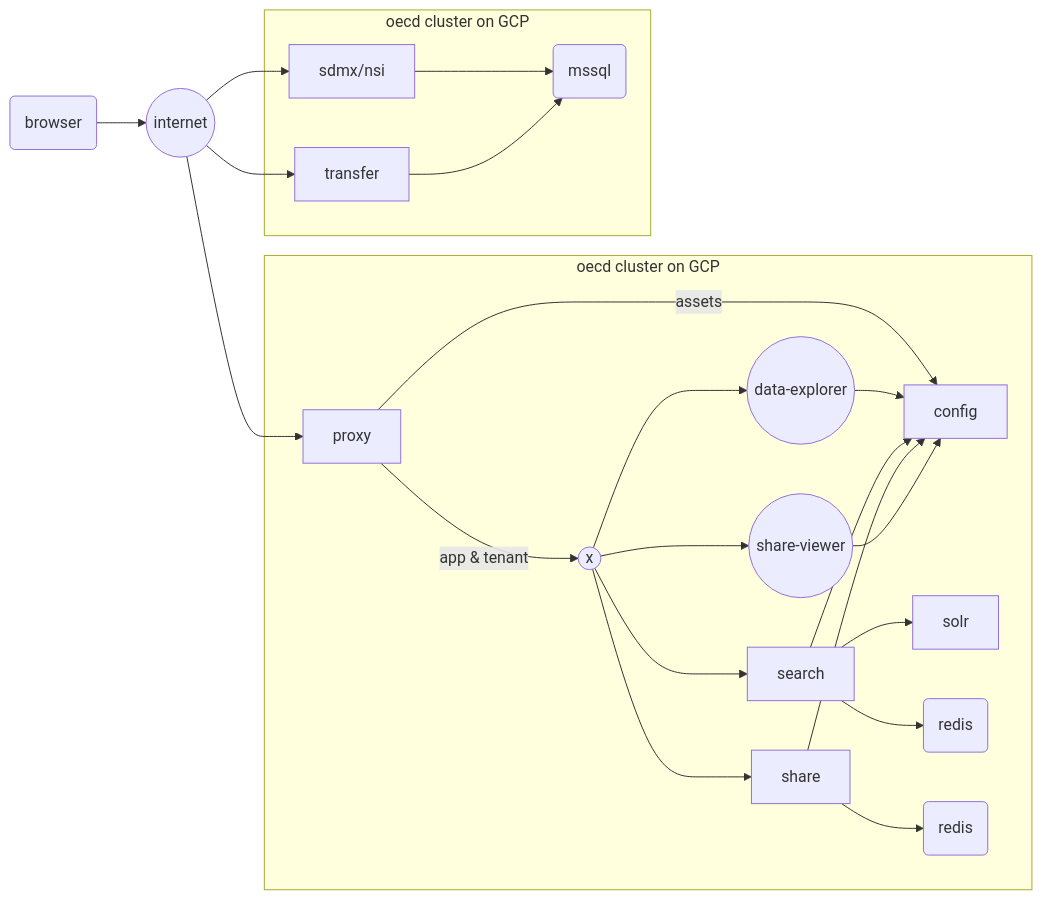
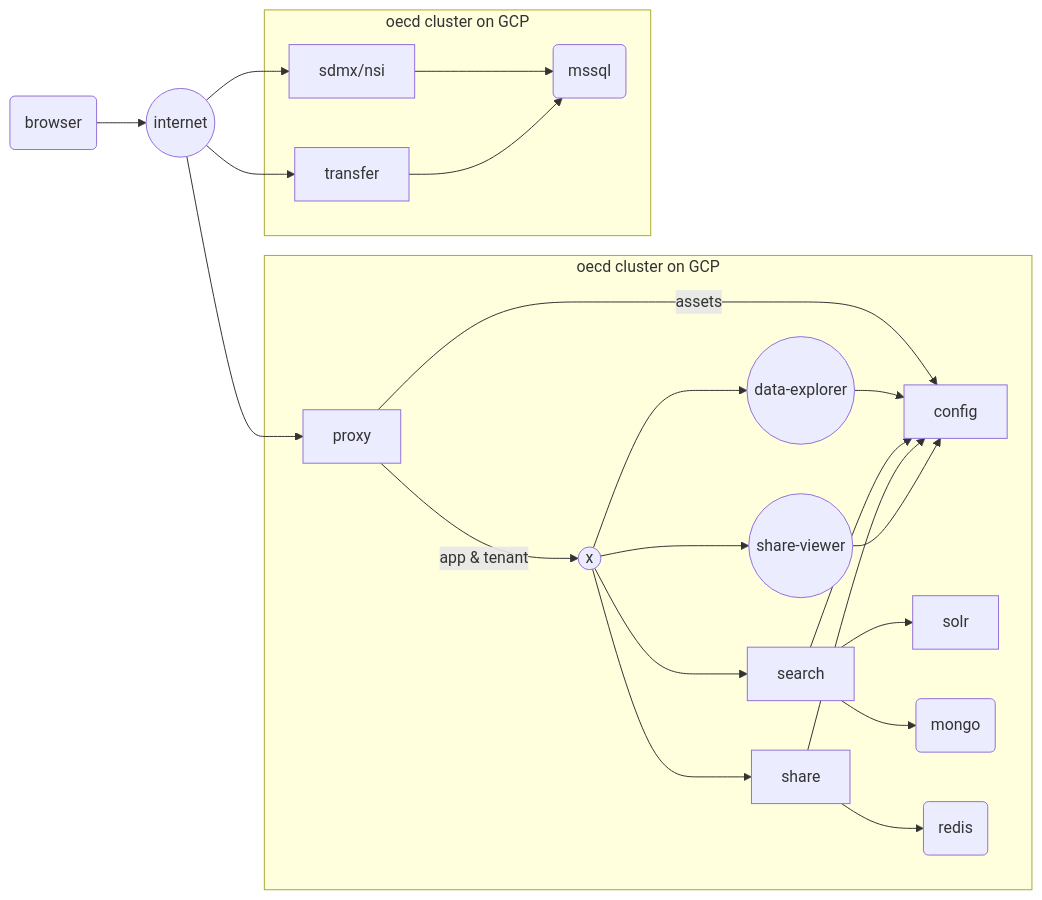
The diagram in content/install-docker/kubernetes.md (mmiranda222/.statsuite), drawn with Mermaid before and after one commit. The commit also changed 23 other files, not shown here.

```diff
--- a/content/install-docker/kubernetes.md
+++ b/content/install-docker/kubernetes.md
@@ -61,42 +61,42 @@
 {{< mermaid align="left" >}}
 graph LR
 id1(browser)
 id2((internet))
 id3[proxy]
 id4((data-explorer))
 id12((share-viewer))
 id5[search]
 id6[share]
 id7[config]
 id8[solr]
-id9(redis)
+id9(mongo)
 id10(redis)
 id11((x))
 id13[sdmx/nsi]
 id14[transfer]
 id15(mssql)
 
 id1 --> id2
 id2 --> id3
 subgraph oecd cluster on GCP
 id3 -->|app & tenant| id11
 id3 -->|assets| id7
 id11 --> id4
 id11 --> id5
 id11 --> id6
 id11 --> id12
 id4 --> id7
 id5 --> id7
 id5 --> id8
 id5 --> id9
 id6 --> id7
 id6 --> id10
 id12 --> id7
 end
 id2 --> id13
 id2 --> id14
 subgraph oecd cluster on GCP
 id13 --> id15
 id14 --> id15
 end
 {{< /mermaid >}}
```
